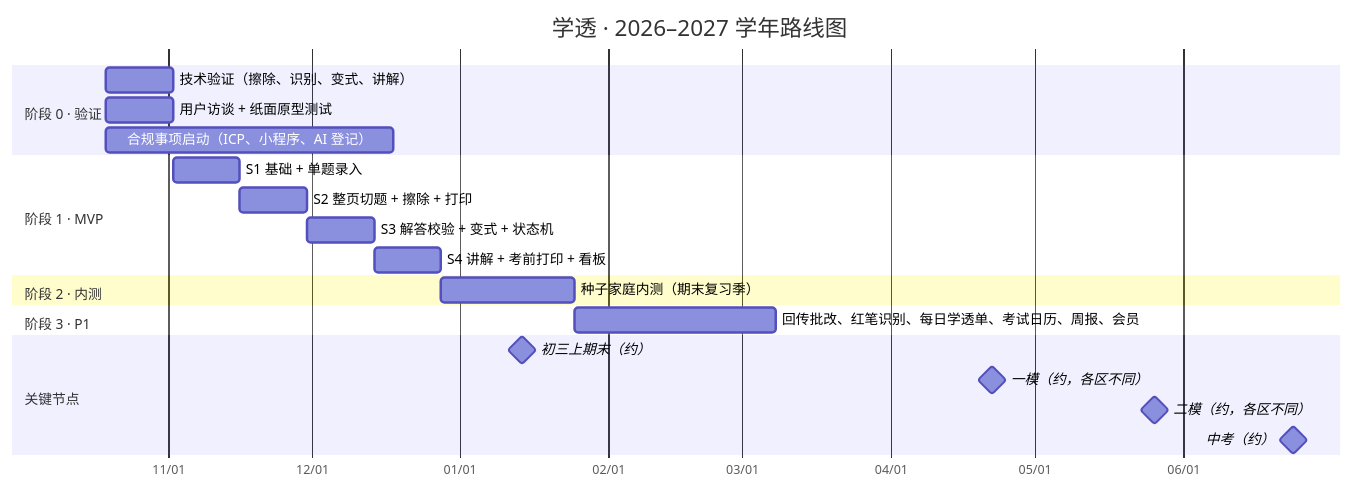
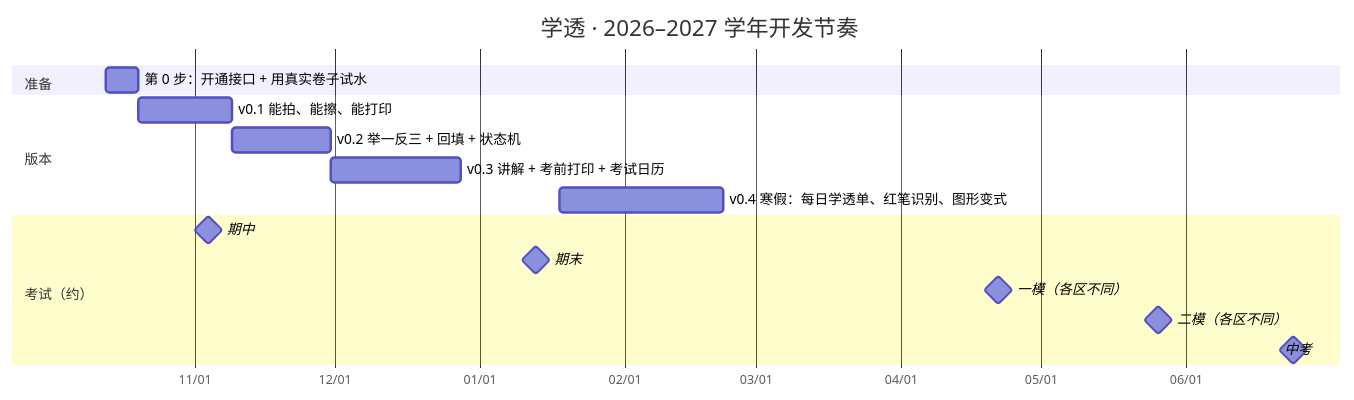
The diagram in mistake-mastery/docs/09-roadmap.md (tianbao424/Claude-made-stock-bot), drawn with Mermaid before and after one commit. The commit also changed other lines of this file and 10 other files, not shown here.

````diff
--- a/mistake-mastery/docs/09-roadmap.md
+++ b/mistake-mastery/docs/09-roadmap.md
@@ -9,24 +10,19 @@
 ```mermaid
 gantt
-    title 学透 · 2026–2027 学年路线图
+    title 学透 · 2026–2027 学年开发节奏
     dateFormat  YYYY-MM-DD
     axisFormat  %m/%d
-    section 阶段 0 · 验证
-    技术验证（擦除、识别、变式、讲解） :p0a, 2026-10-19, 14d
-    用户访谈 + 纸面原型测试             :p0b, 2026-10-19, 14d
-    合规事项启动（ICP、小程序、AI 登记）  :p0c, 2026-10-19, 60d
-    section 阶段 1 · MVP
-    S1 基础 + 单题录入                   :s1, after p0a, 14d
-    S2 整页切题 + 擦除 + 打印             :s2, after s1, 14d
-    S3 解答校验 + 变式 + 状态机            :s3, after s2, 14d
-    S4 讲解 + 考前打印 + 看板              :s4, after s3, 14d
-    section 阶段 2 · 内测
-    种子家庭内测（期末复习季）              :b1, after s4, 28d
-    section 阶段 3 · P1
-    回传批改、红笔识别、每日学透单、考试日历、周报、会员 :p1, after b1, 42d
-    section 关键节点
-    初三上期末（约）   :milestone, 2027-01-14, 0d
-    一模（约，各区不同）  :milestone, 2027-04-22, 0d
-    二模（约，各区不同）  :milestone, 2027-05-26, 0d
-    中考（约）         :milestone, 2027-06-24, 0d
+    section 准备
+    第 0 步：开通接口 + 用真实卷子试水   :p0, 2026-10-13, 7d
+    section 版本
+    v0.1 能拍、能擦、能打印              :v1, after p0, 20d
+    v0.2 举一反三 + 回填 + 状态机         :v2, after v1, 21d
+    v0.3 讲解 + 考前打印 + 考试日历        :v3, after v2, 28d
+    v0.4 寒假：每日学透单、红笔识别、图形变式 :v4, 2027-01-18, 35d
+    section 考试（约）
+    期中             :milestone, 2026-11-04, 0d
+    期末             :milestone, 2027-01-13, 0d
+    一模（各区不同）   :milestone, 2027-04-22, 0d
+    二模（各区不同）   :milestone, 2027-05-26, 0d
+    中考             :milestone, 2027-06-24, 0d
 ```
````
